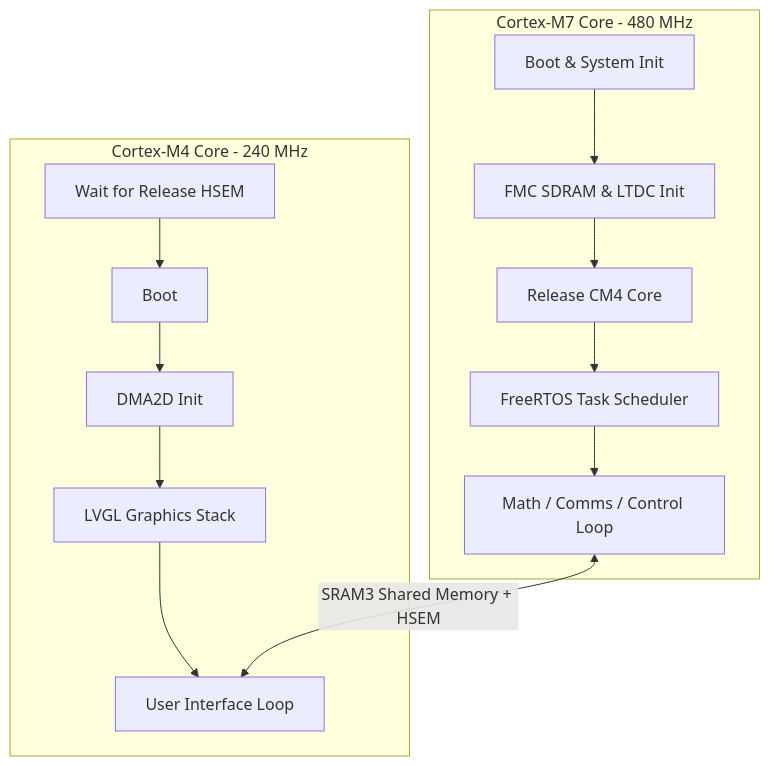
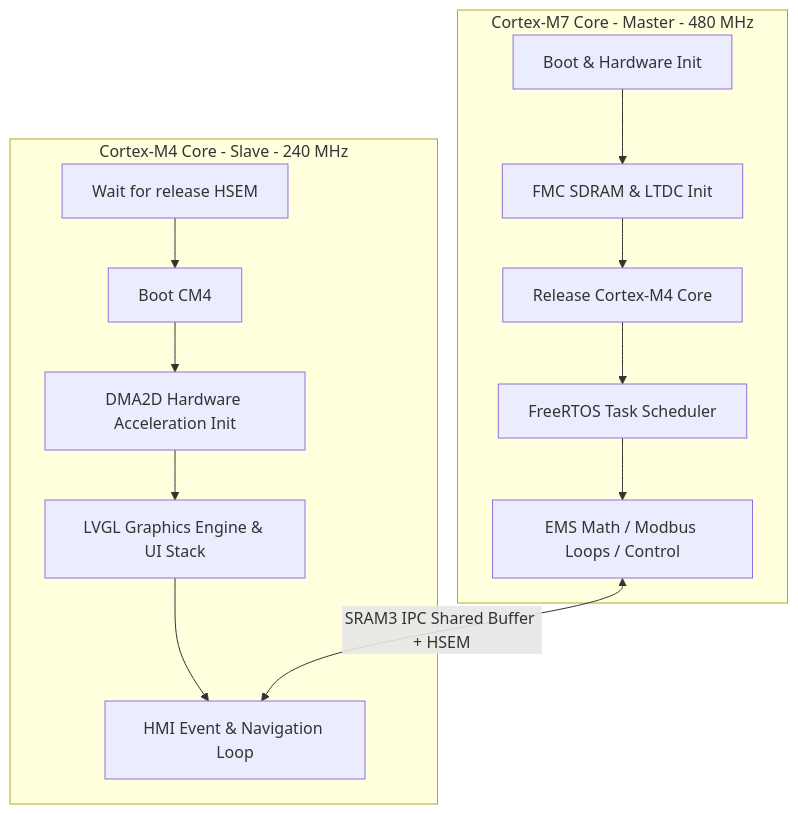
Before and after one commit to alex-yassa/TEP-ICS-UI: the first of 2 diagrams in README.md, drawn with Mermaid. The commit also changed other lines of this file, not shown here.

````diff
--- a/README.md
+++ b/README.md
@@ -15,18 +15,18 @@
 ```mermaid
 graph TD
-    subgraph Cortex-M7 [Cortex-M7 Core - 480 MHz]
-        A[Boot & System Init] --> B[FMC SDRAM & LTDC Init]
-        B --> C[Release CM4 Core]
+    subgraph CM7 [Cortex-M7 Core - Master - 480 MHz]
+        A[Boot & Hardware Init] --> B[FMC SDRAM & LTDC Init]
+        B --> C[Release Cortex-M4 Core]
         C --> D[FreeRTOS Task Scheduler]
-        D --> E[Math / Comms / Control Loop]
+        D --> E[EMS Math / Modbus Loops / Control]
     end
     
-    subgraph Cortex-M4 [Cortex-M4 Core - 240 MHz]
-        F[Wait for Release HSEM] --> G[Boot]
-        G --> H[DMA2D Init]
-        H --> I[LVGL Graphics Stack]
-        I --> J[User Interface Loop]
+    subgraph CM4 [Cortex-M4 Core - Slave - 240 MHz]
+        F[Wait for release HSEM] --> G[Boot CM4]
+        G --> H[DMA2D Hardware Acceleration Init]
+        H --> I[LVGL Graphics Engine & UI Stack]
+        I --> J[HMI Event & Navigation Loop]
     end
 
-    E <--> |SRAM3 Shared Memory + HSEM| J
+    E <--> |SRAM3 IPC Shared Buffer + HSEM| J
 ```
````
